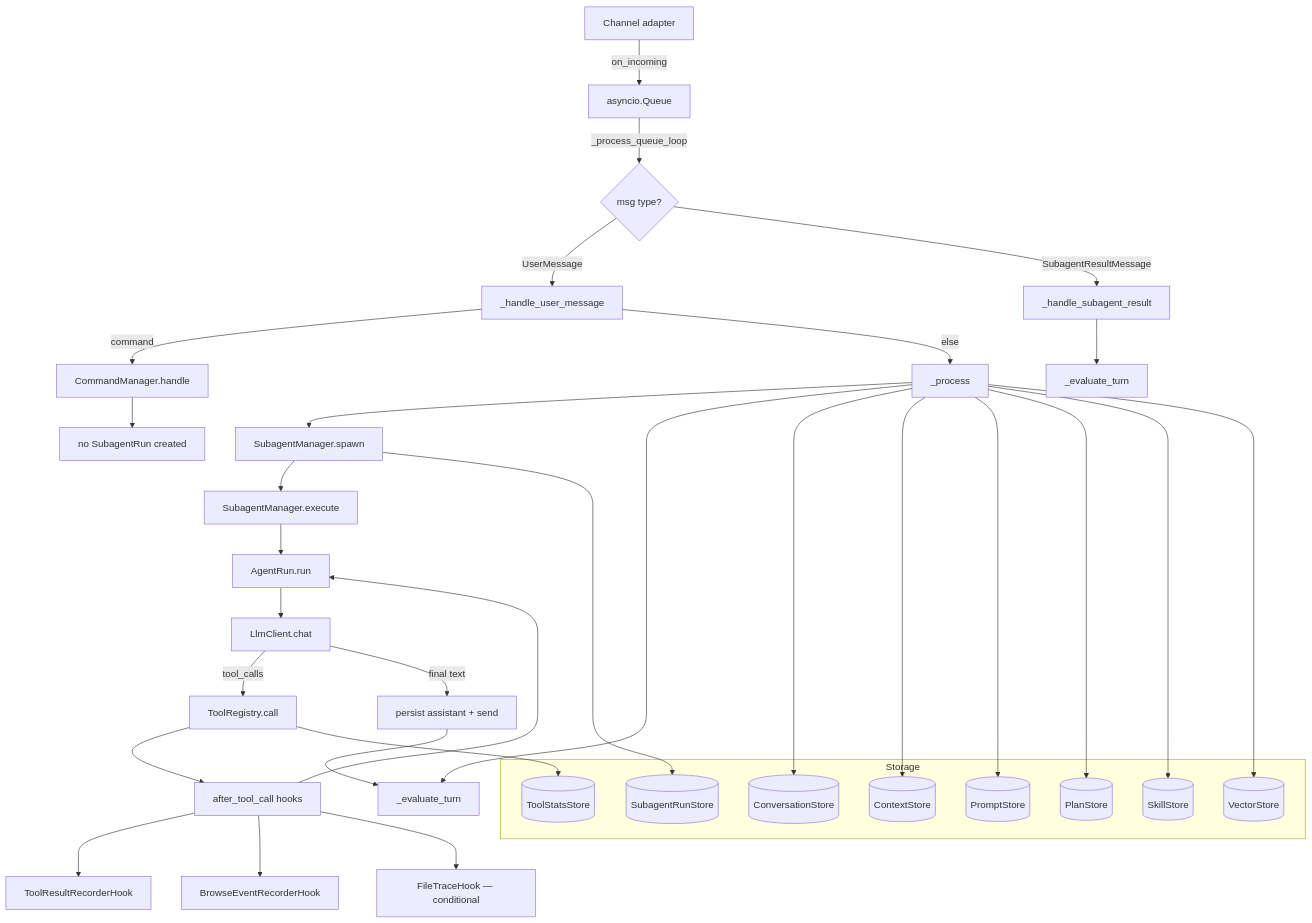
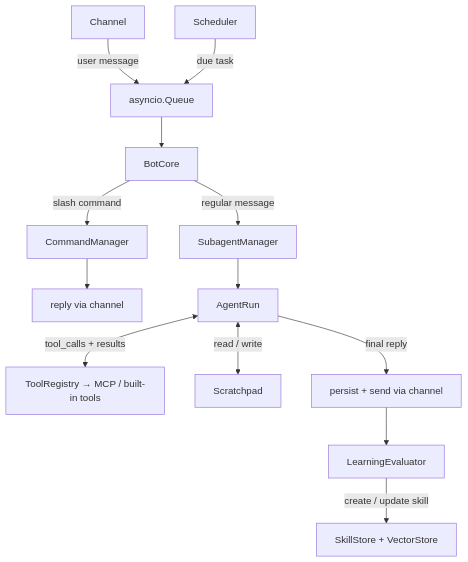
The second of 2 diagrams in ARCHITECTURE.md (peara/nanobot), drawn with Mermaid before and after one commit. The commit also changed other lines of this file, not shown here.

First line of the commit message:
docs: split ARCHITECTURE.md runtime section into message flow and component map

````diff
--- a/ARCHITECTURE.md
+++ b/ARCHITECTURE.md
@@ -124,46 +124,21 @@
 ```mermaid
 flowchart TD
-    A[Channel adapter] -->|on_incoming| Q[asyncio.Queue]
-    Q -->|_process_queue_loop| B{msg type?}
-    B -->|UserMessage| C[_handle_user_message]
-    B -->|SubagentResultMessage| CR[_handle_subagent_result]
-    C -->|command| D[CommandManager.handle]
-    C -->|else| E[_process]
-    E --> F[SubagentManager.spawn]
-    F --> G[SubagentManager.execute]
-    G --> H[AgentRun.run]
-    H --> I[LlmClient.chat]
-    I -->|tool_calls| J[ToolRegistry.call]
-    J --> K[after_tool_call hooks]
-    K --> K1[ToolResultRecorderHook]
-    K --> K2[BrowseEventRecorderHook]
-    K --> K3[FileTraceHook — conditional]
-    K --> H
-    I -->|final text| L[persist assistant + send]
-    E --> EV[_evaluate_turn]
-    L --> EV
+    CH[Channel] -->|user message| Q[asyncio.Queue]
+    SCH[Scheduler] -->|due task| Q
 
-    CR --> EV2[_evaluate_turn]
+    Q --> BCore[BotCore]
 
-    D --> M[no SubagentRun created]
+    BCore -->|slash command| CMD[CommandManager]
+    CMD --> REPLY1[reply via channel]
 
-    subgraph Storage
-        N[(SubagentRunStore)]
-        O[(ToolStatsStore)]
-        P[(ConversationStore)]
-        Q2[(ContextStore)]
-        PS[(PromptStore)]
-        PLS[(PlanStore)]
-        SKS[(SkillStore)]
-        VS[(VectorStore)]
-    end
+    BCore -->|regular message| SM[SubagentManager]
+    SM --> AR[AgentRun]
 
-    F --> N
-    J --> O
-    E --> P
-    E --> Q2
-    E --> PS
-    E --> PLS
-    E --> SKS
-    E --> VS
+    AR <-->|tool_calls + results| TOOLS[ToolRegistry → MCP / built-in tools]
+    AR <-->|read / write| SP[Scratchpad]
+
+    AR -->|final reply| SEND[persist + send via channel]
+
+    SEND --> EV[LearningEvaluator]
+    EV -->|create / update skill| SK[SkillStore + VectorStore]
 ```
````
